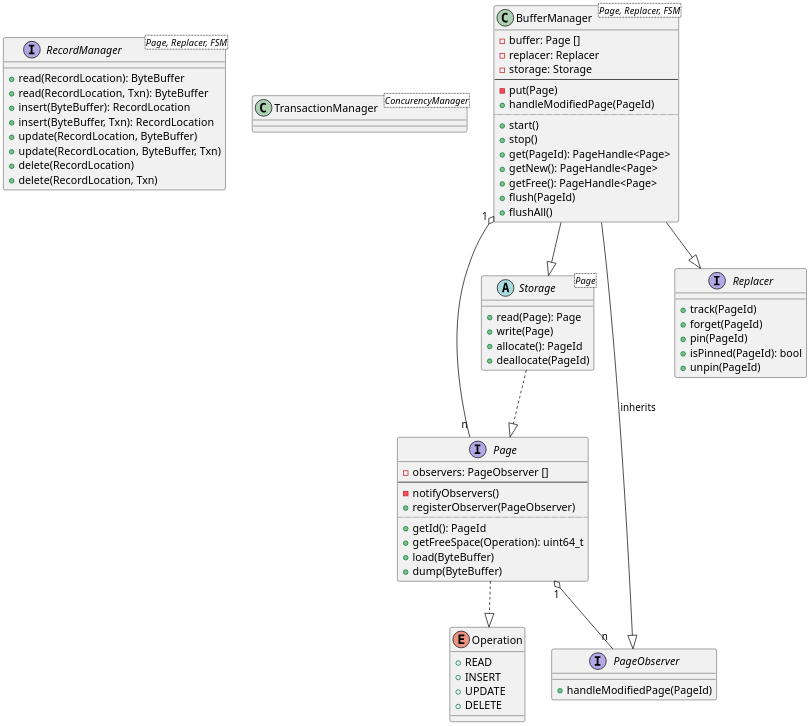
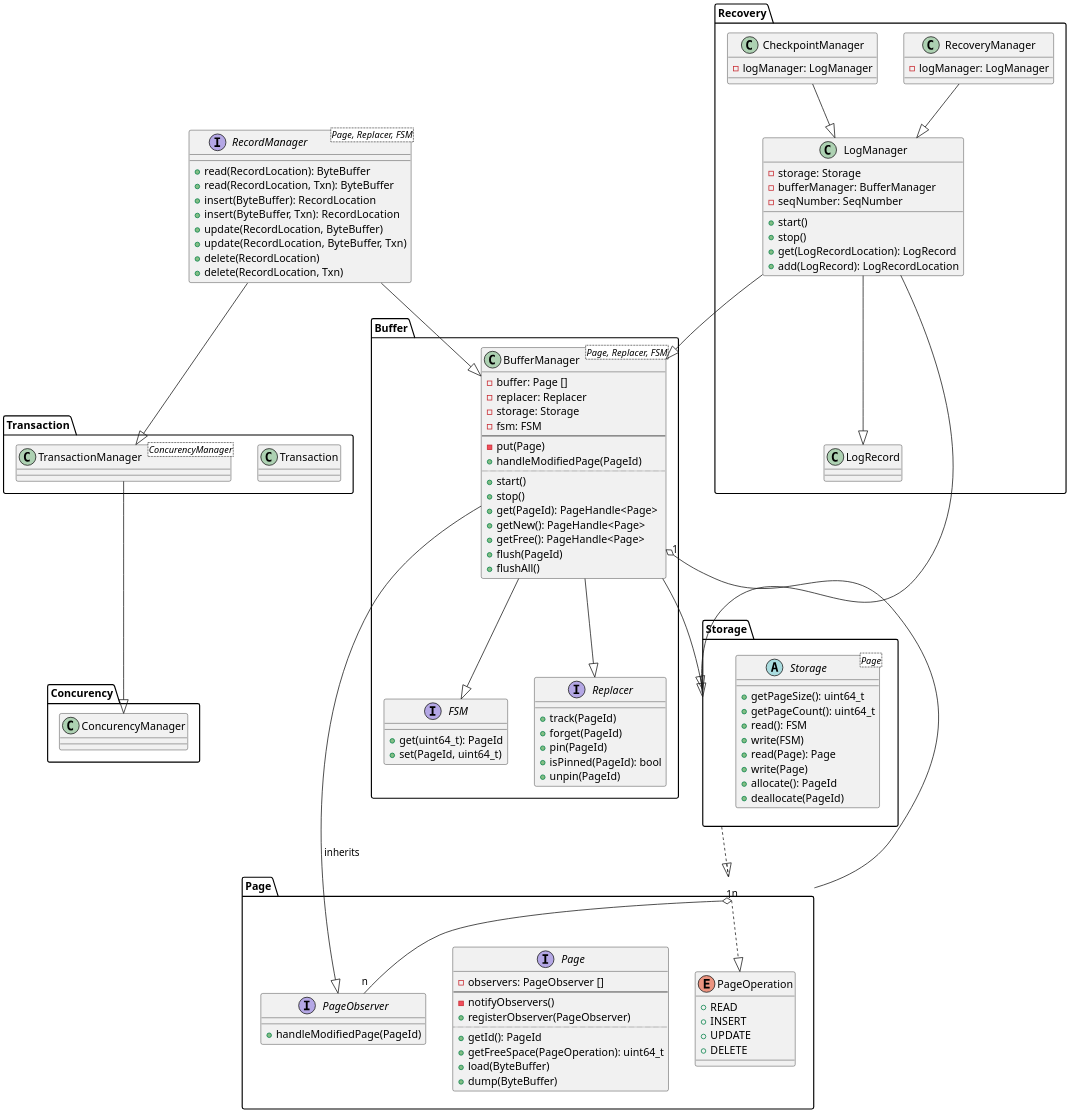
Before and after one commit to ketgo/persist: the diagram in docs/diagrams/src/persist.puml, drawn with PlantUML. The commit also changed 1 other file, not shown here.

```diff
--- a/docs/diagrams/src/persist.puml
+++ b/docs/diagrams/src/persist.puml
@@ -1,85 +1,142 @@
 @startuml
 scale 2
 
 
 interface RecordManager <Page, Replacer, FSM> {
     + read(RecordLocation): ByteBuffer
     + read(RecordLocation, Txn): ByteBuffer
     + insert(ByteBuffer): RecordLocation
     + insert(ByteBuffer, Txn): RecordLocation
     + update(RecordLocation, ByteBuffer)
     + update(RecordLocation, ByteBuffer, Txn)
     + delete(RecordLocation)
     + delete(RecordLocation, Txn)
 }
 
-class TransactionManager <ConcurencyManager> {
+package "Concurency" {
+    class ConcurencyManager {}
 }
 
+package "Transaction" {
+    class Transaction {}
 
-enum Operation {
-    + READ
-    + INSERT
-    + UPDATE
-    + DELETE
+    class TransactionManager <ConcurencyManager> {
+    }
 }
 
-interface Page {
-    - observers: PageObserver []
-    ---
-    - notifyObservers()
-    + registerObserver(PageObserver)
-    ..
-    + getId(): PageId
-    + getFreeSpace(Operation): uint64_t
-    + load(ByteBuffer)
-    + dump(ByteBuffer)
+package "Recovery" {
+    class RecoveryManager {
+        - logManager: LogManager
+    }
+
+    class CheckpointManager {
+        - logManager: LogManager
+    }
+
+    class LogManager {
+        - storage: Storage
+        - bufferManager: BufferManager
+        - seqNumber: SeqNumber
+        + start()
+        + stop()
+        + get(LogRecordLocation): LogRecord
+        + add(LogRecord): LogRecordLocation
+    }
+
+    class LogRecord {}
 }
 
-interface PageObserver {
-    + handleModifiedPage(PageId)
+package "Page" {
+    enum PageOperation {
+        + READ
+        + INSERT
+        + UPDATE
+        + DELETE
+    }
+
+    interface Page {
+        - observers: PageObserver []
+        ---
+        - notifyObservers()
+        + registerObserver(PageObserver)
+        ..
+        + getId(): PageId
+        + getFreeSpace(PageOperation): uint64_t
+        + load(ByteBuffer)
+        + dump(ByteBuffer)
+    }
+
+    interface PageObserver {
+        + handleModifiedPage(PageId)
+    }
 }
 
-abstract class Storage <Page> {
-    + read(Page): Page
-    + write(Page)
-    + allocate(): PageId
-    + deallocate(PageId)
+package "Storage" {
+    abstract class Storage <Page> {
+        + getPageSize(): uint64_t
+        + getPageCount(): uint64_t
+        + read(): FSM
+        + write(FSM)
+        + read(Page): Page
+        + write(Page)
+        + allocate(): PageId
+        + deallocate(PageId)
+    }
 }
 
-interface Replacer {
-    + track(PageId)
-    + forget(PageId)
-    + pin(PageId)
-    + isPinned(PageId): bool
-    + unpin(PageId)
+package "Buffer" {
+    interface Replacer {
+        + track(PageId)
+        + forget(PageId)
+        + pin(PageId)
+        + isPinned(PageId): bool
+        + unpin(PageId)
+    }
+
+    interface FSM {
+        + get(uint64_t): PageId
+        + set(PageId, uint64_t)
+    }
+
+    class BufferManager <Page, Replacer, FSM> {
+        - buffer: Page []
+        - replacer: Replacer
+        - storage: Storage
+        - fsm: FSM
+        ---
+        - put(Page)
+        + handleModifiedPage(PageId)
+        ..
+        + start()
+        + stop()
+        + get(PageId): PageHandle<Page>
+        + getNew(): PageHandle<Page>
+        + getFree(): PageHandle<Page>
+        + flush(PageId)
+        + flushAll()
+    }
 }
 
-class BufferManager <Page, Replacer, FSM> {
-    - buffer: Page []
-    - replacer: Replacer
-    - storage: Storage
-    ---
-    - put(Page)
-    + handleModifiedPage(PageId)
-    ..
-    + start()
-    + stop()
-    + get(PageId): PageHandle<Page>
-    + getNew(): PageHandle<Page>
-    + getFree(): PageHandle<Page>
-    + flush(PageId)
-    + flushAll()
-}
-
-Page ..|> Operation
+Page ..|> PageOperation
 Page "1" o-- "n" PageObserver
 
 Storage ..|> Page
 
 BufferManager --|> PageObserver : inherits
 BufferManager "1" o-- "n" Page
 BufferManager --|> Replacer
+BufferManager --|> FSM
 BufferManager --|> Storage
 
+LogManager --|> BufferManager
+LogManager --|> Storage
+LogManager --|> LogRecord
+RecoveryManager --|> LogManager
+CheckpointManager --|> LogManager
+
+RecordManager --|> BufferManager
+RecordManager --|> TransactionManager
+
+TransactionManager --|> ConcurencyManager
+
 @enduml
```
